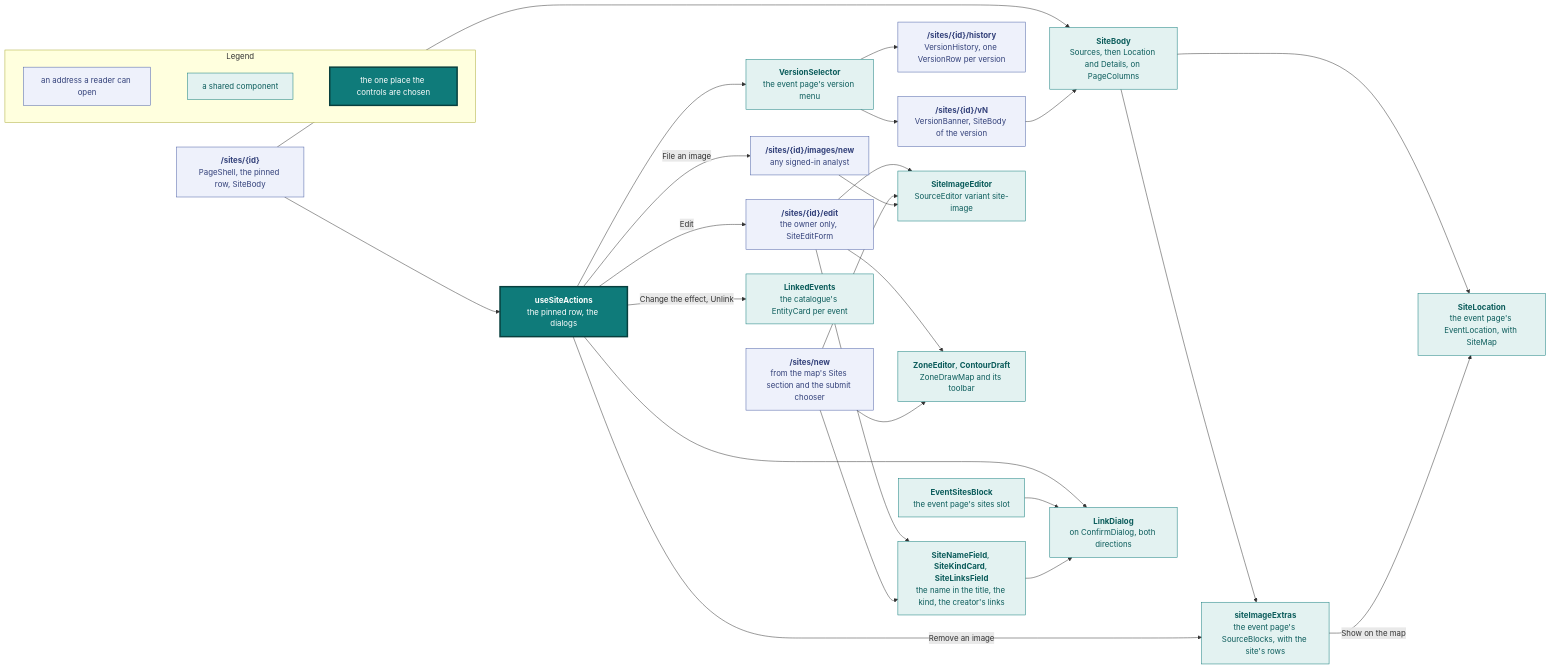
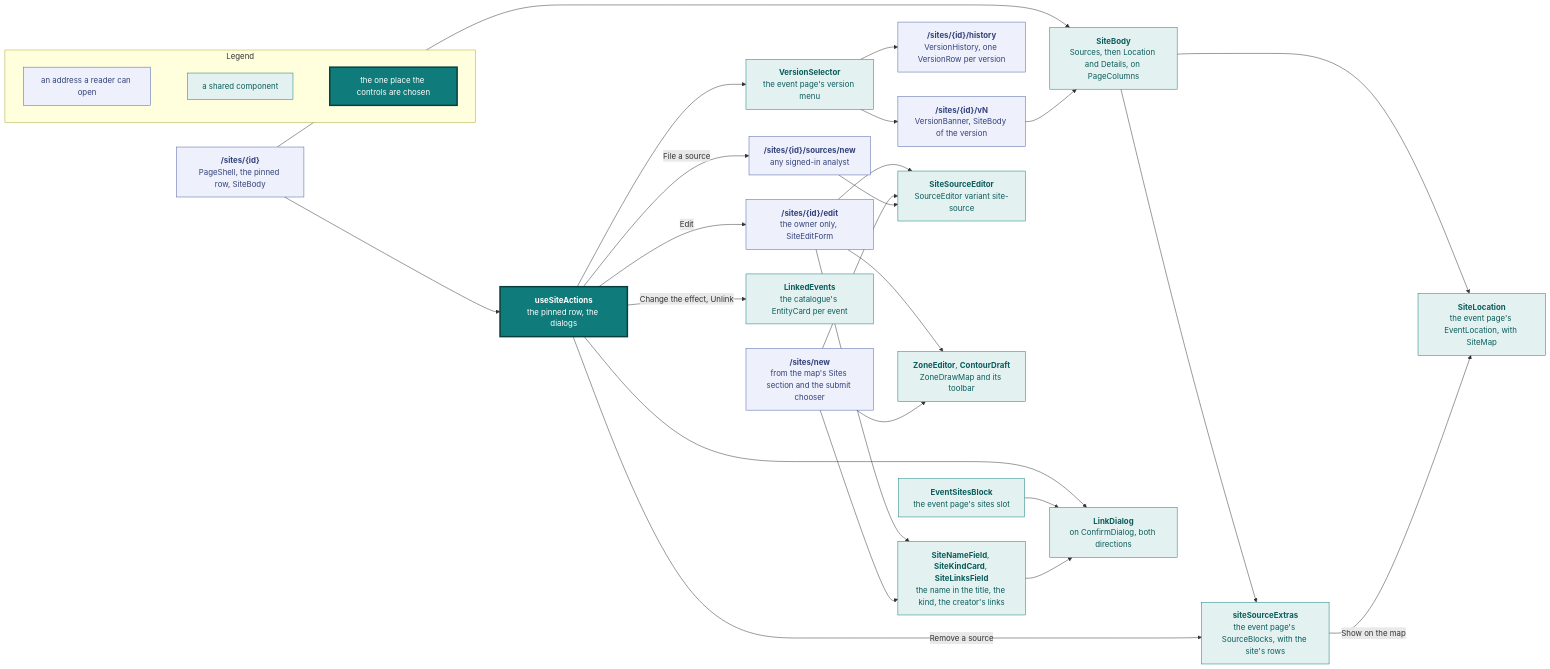
Diagram 15 of 17 in docs/design.md (vidithq/vidit), drawn with Mermaid before and after one commit. The commit also changed other lines of this file and 49 other files, not shown here.

First line of the commit message:
refactor(sites): name a site's satellite captures sources, not images

````diff
--- a/docs/design.md
+++ b/docs/design.md
@@ -1528,73 +1528,73 @@
 ```mermaid
 flowchart LR
   classDef spec fill:#eef1fb,stroke:#4a5fa5,color:#33417a
   classDef shared fill:#e3f2f1,stroke:#0f7b7a,color:#0b5c5b
   classDef core fill:#0f7b7a,stroke:#083f3e,stroke-width:3px,color:#ffffff
 
   subgraph legend [Legend]
     direction LR
     l1["`an address a reader can open`"]:::spec
     l2["`a shared component`"]:::shared
     l3["`the one place the controls are chosen`"]:::core
     l1 ~~~ l2 ~~~ l3
   end
 
   page["`**/sites/{id}**
   PageShell, the pinned row, SiteBody`"]:::spec
   version["`**/sites/{id}/vN**
   VersionBanner, SiteBody of the version`"]:::spec
   history["`**/sites/{id}/history**
   VersionHistory, one VersionRow per version`"]:::spec
   edit["`**/sites/{id}/edit**
   the owner only, SiteEditForm`"]:::spec
-  file["`**/sites/{id}/images/new**
+  file["`**/sites/{id}/sources/new**
   any signed-in analyst`"]:::spec
   create["`**/sites/new**
   from the map's Sites section and the submit chooser`"]:::spec
   actions["`**useSiteActions**
   the pinned row, the dialogs`"]:::core
   body["`**SiteBody**
   Sources, then Location and Details, on PageColumns`"]:::shared
   selector["`**VersionSelector**
   the event page's version menu`"]:::shared
-  card["`**siteImageExtras**
+  card["`**siteSourceExtras**
   the event page's SourceBlocks, with the site's rows`"]:::shared
   zone["`**SiteLocation**
   the event page's EventLocation, with SiteMap`"]:::shared
   linked["`**LinkedEvents**
   the catalogue's EntityCard per event`"]:::shared
   dialog["`**LinkDialog**
   on ConfirmDialog, both directions`"]:::shared
   fields["`**SiteNameField**, **SiteKindCard**, **SiteLinksField**
   the name in the title, the kind, the creator's links`"]:::shared
-  imageed["`**SiteImageEditor**
-  SourceEditor variant site-image`"]:::shared
+  sourceEd["`**SiteSourceEditor**
+  SourceEditor variant site-source`"]:::shared
   zoneed["`**ZoneEditor**, **ContourDraft**
   ZoneDrawMap and its toolbar`"]:::shared
   event["`**EventSitesBlock**
   the event page's sites slot`"]:::shared
 
   page --> actions
   page --> body
   version --> body
   body --> card
   body --> zone
   card -->|"Show on the map"| zone
   actions --> selector
   actions -->|"Change the effect, Unlink"| linked
-  actions -->|"Remove an image"| card
+  actions -->|"Remove a source"| card
   actions --> dialog
   event --> dialog
   selector --> version
   selector --> history
   actions -->|"Edit"| edit
-  actions -->|"File an image"| file
+  actions -->|"File a source"| file
   edit --> fields
-  edit --> imageed
+  edit --> sourceEd
   edit --> zoneed
   create --> fields
-  create --> imageed
+  create --> sourceEd
   create --> zoneed
   fields --> dialog
-  file --> imageed
+  file --> sourceEd
 ```
````
